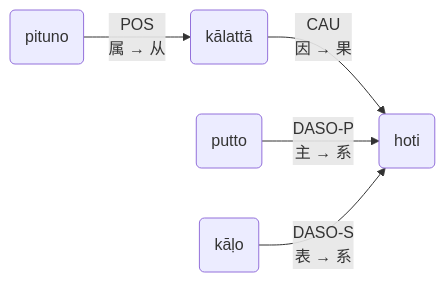
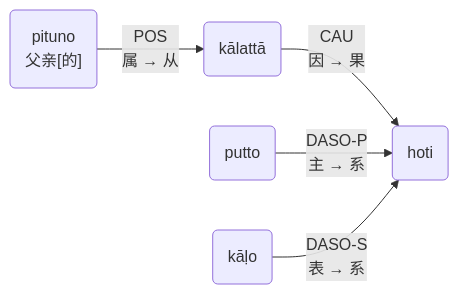
Before and after one commit to iapt-platform/pali-handbook: the fourth of 4 diagrams in src/advance-relation/20_nouns.md, drawn with Mermaid. The commit also changed other lines of this file and 15 other files, not shown here.

````diff
--- a/src/advance-relation/20_nouns.md
+++ b/src/advance-relation/20_nouns.md
@@ -61,12 +72,12 @@
-```mermaid
+<div class="mermaid">
 flowchart LR
-A("pituno")
+A("pituno<br>父亲[的]")
 B("kālattā")
 C("putto")
 D("kāḷo")
 E("hoti")
 A--"POS<br>属 → 从"-->B
 B--"CAU<br>因 → 果"-->E
 C--"DASO-P<br>主 → 系"-->E
 D--"DASO-S<br>表 → 系"-->E
-```
+</div>
````
